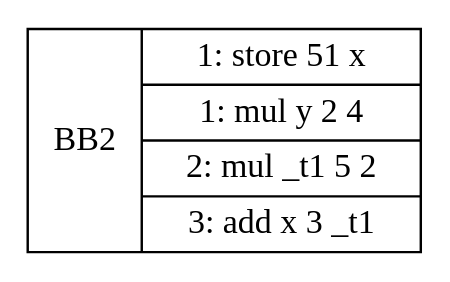
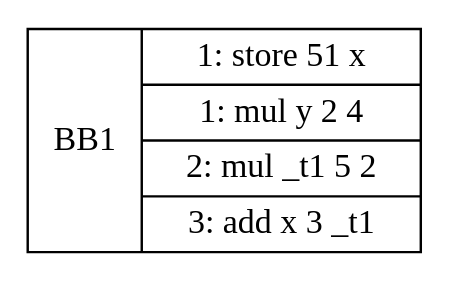
Before and after one commit to CoralRocker/CSCE434-Charlotte-Gaultier: the diagram in graphs/PA5/test000_cfg.dot, drawn with Graphviz. The commit also changed 16 other files, not shown here.

```diff
--- a/graphs/PA5/test000_cfg.dot
+++ b/graphs/PA5/test000_cfg.dot
@@ -1,4 +1,4 @@
 digraph G {
-bb2 [shape=record, label="<b>BB2 | {
+bb1 [shape=record, label="<b>BB1 | {
 1: store 51 x|1: mul y 2 4|2: mul _t1 5 2|3: add x 3 _t1}"];
 }
```
